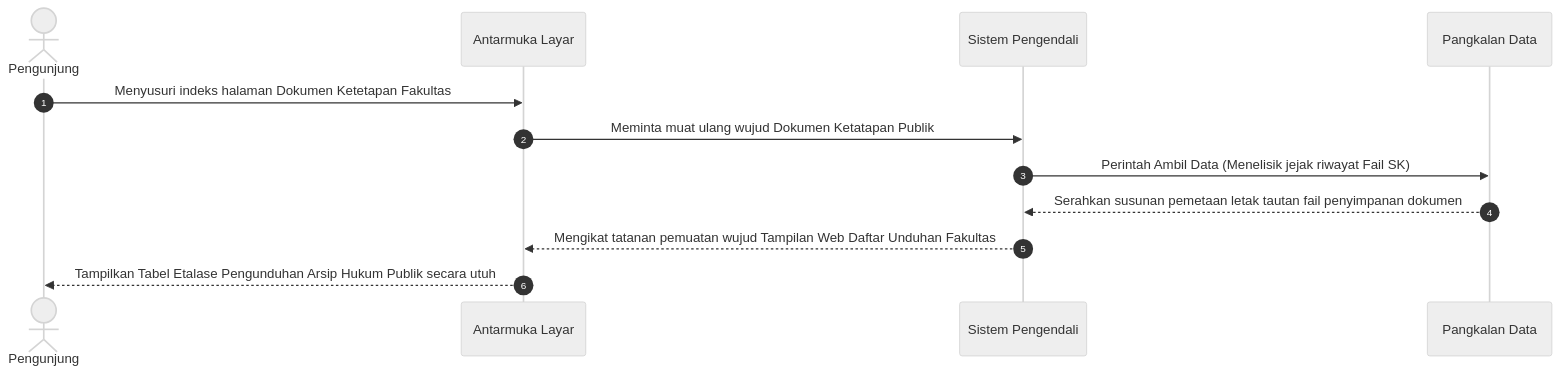
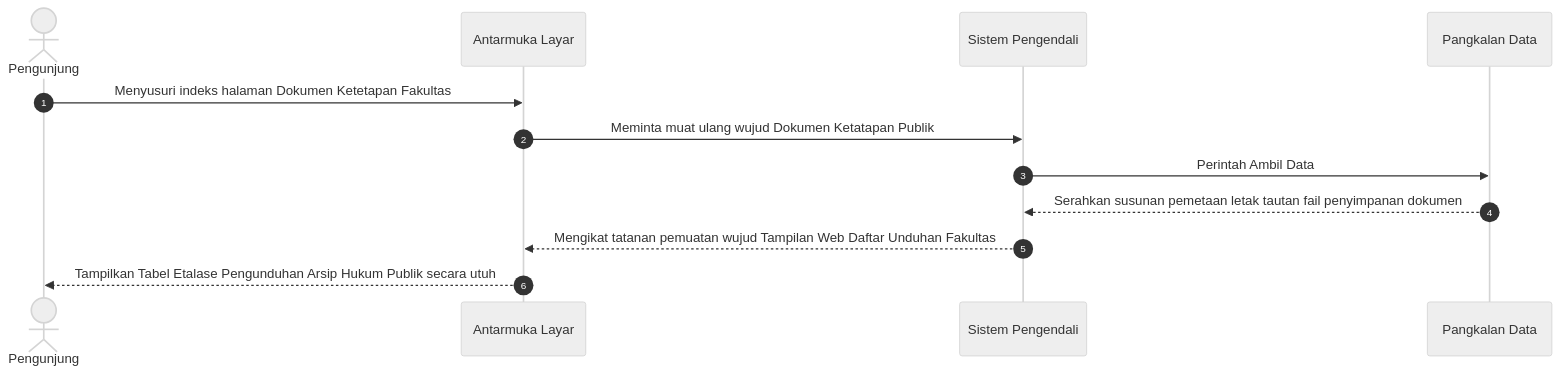
One commit to arbain-dev/Web_fikom changed diagram 14 of 39 in docs/02_DIAGRAM_URUTAN_SEQUENCE.md. Above: the diagram before and after it, drawn with Mermaid (neutral theme). The commit also changed other lines of this file, not shown here.

````diff
--- a/docs/02_DIAGRAM_URUTAN_SEQUENCE.md
+++ b/docs/02_DIAGRAM_URUTAN_SEQUENCE.md
@@ -336,17 +336,17 @@
 ```mermaid
 sequenceDiagram
     autonumber
     actor User as Pengunjung
     participant Frontend as Antarmuka Layar
     participant Backend as Sistem Pengendali
     participant Database as Pangkalan Data
 
     User->>Frontend: Menyusuri indeks halaman Dokumen Ketetapan Fakultas
     Frontend->>Backend: Meminta muat ulang wujud Dokumen Ketatapan Publik
     
-    Backend->>Database: Perintah Ambil Data (Menelisik jejak riwayat Fail SK)
+    Backend->>Database: Perintah Ambil Data
     Database-->>Backend: Serahkan susunan pemetaan letak tautan fail penyimpanan dokumen 
     
     Backend-->>Frontend: Mengikat tatanan pemuatan wujud Tampilan Web Daftar Unduhan Fakultas
     Frontend-->>User: Tampilkan Tabel Etalase Pengunduhan Arsip Hukum Publik secara utuh
 ```
````
